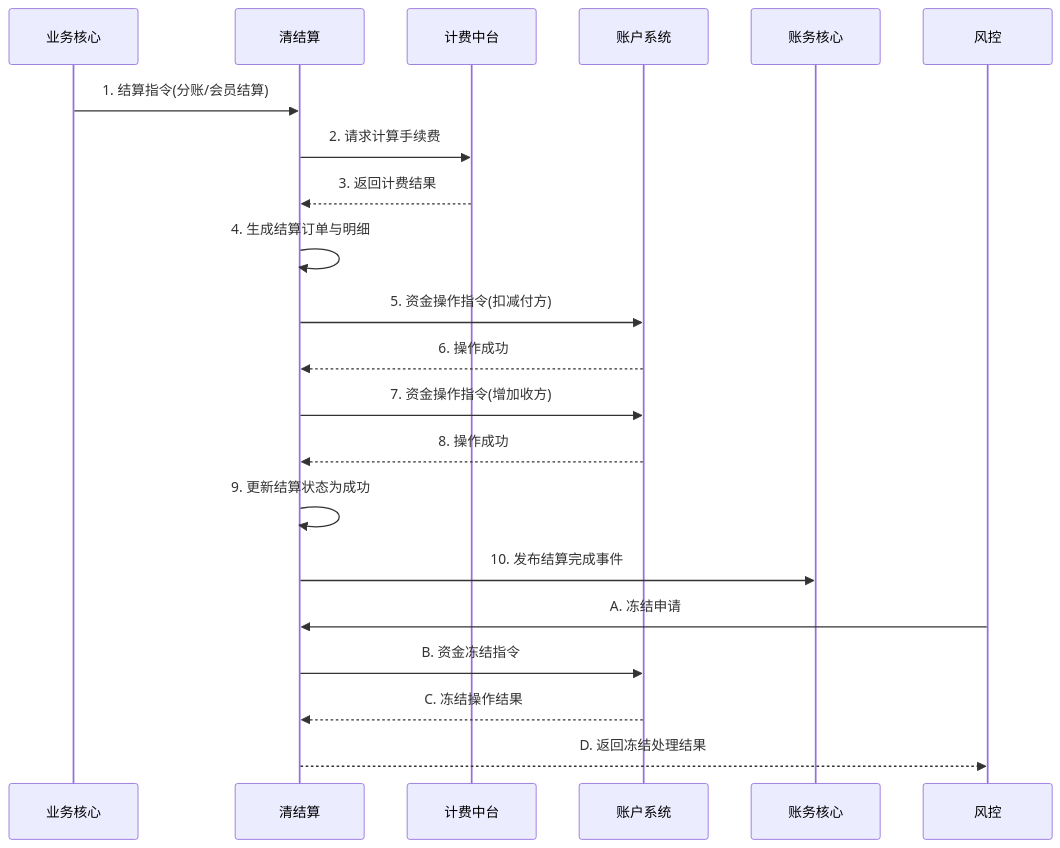
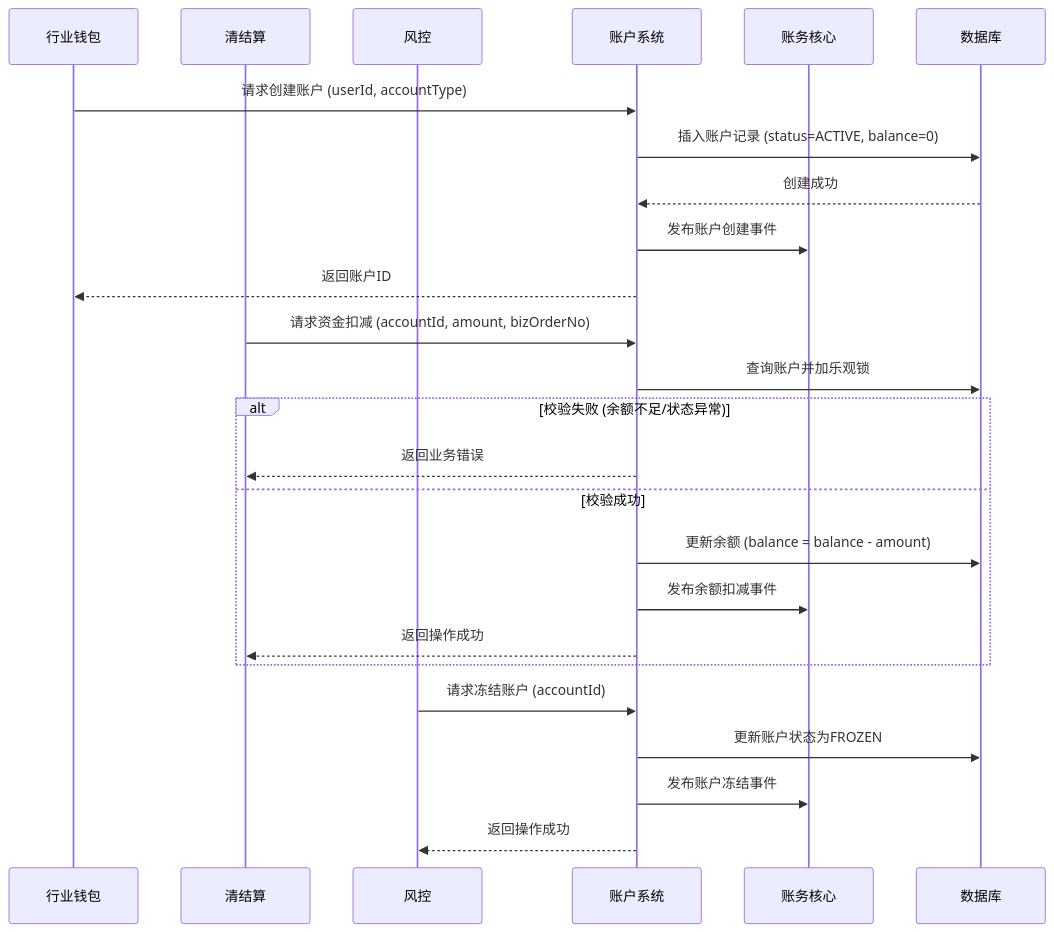
Diagram 11 of 24 in data/天财分账需求/gpt-5.2/output/final_design_document.md (youzi211/AiCoding), drawn with Mermaid before and after one commit. The commit also changed other lines of this file and 41 other files, not shown here.

````diff
--- a/data/天财分账需求/gpt-5.2/output/final_design_document.md
+++ b/data/天财分账需求/gpt-5.2/output/final_design_document.md
@@ -981,25 +789,30 @@
 ```mermaid
 sequenceDiagram
-    participant 业务核心 as 业务核心
+    participant 行业钱包 as 行业钱包
     participant 清结算 as 清结算
-    participant 计费中台 as 计费中台
+    participant 风控 as 风控
     participant 账户系统 as 账户系统
     participant 账务核心 as 账务核心
-    participant 风控 as 风控
+    participant DB as 数据库
 
-    业务核心->>清结算: 1. 结算指令(分账/会员结算)
-    清结算->>计费中台: 2. 请求计算手续费
-    计费中台-->>清结算: 3. 返回计费结果
-    清结算->>清结算: 4. 生成结算订单与明细
-    清结算->>账户系统: 5. 资金操作指令(扣减付方)
-    账户系统-->>清结算: 6. 操作成功
-    清结算->>账户系统: 7. 资金操作指令(增加收方)
-    账户系统-->>清结算: 8. 操作成功
-    清结算->>清结算: 9. 更新结算状态为成功
-    清结算->>账务核心: 10. 发布结算完成事件
+    行业钱包->>账户系统: 请求创建账户 (userId, accountType)
+    账户系统->>DB: 插入账户记录 (status=ACTIVE, balance=0)
+    DB-->>账户系统: 创建成功
+    账户系统->>账务核心: 发布账户创建事件
+    账户系统-->>行业钱包: 返回账户ID
 
-    风控->>清结算: A. 冻结申请
-    清结算->>账户系统: B. 资金冻结指令
-    账户系统-->>清结算: C. 冻结操作结果
-    清结算-->>风控: D. 返回冻结处理结果
+    清结算->>账户系统: 请求资金扣减 (accountId, amount, bizOrderNo)
+    账户系统->>DB: 查询账户并加乐观锁
+    alt 校验失败 (余额不足/状态异常)
+        账户系统-->>清结算: 返回业务错误
+    else 校验成功
+        账户系统->>DB: 更新余额 (balance = balance - amount)
+        账户系统->>账务核心: 发布余额扣减事件
+        账户系统-->>清结算: 返回操作成功
+    end
+
+    风控->>账户系统: 请求冻结账户 (accountId)
+    账户系统->>DB: 更新账户状态为FROZEN
+    账户系统->>账务核心: 发布账户冻结事件
+    账户系统-->>风控: 返回操作成功
 ```
````
